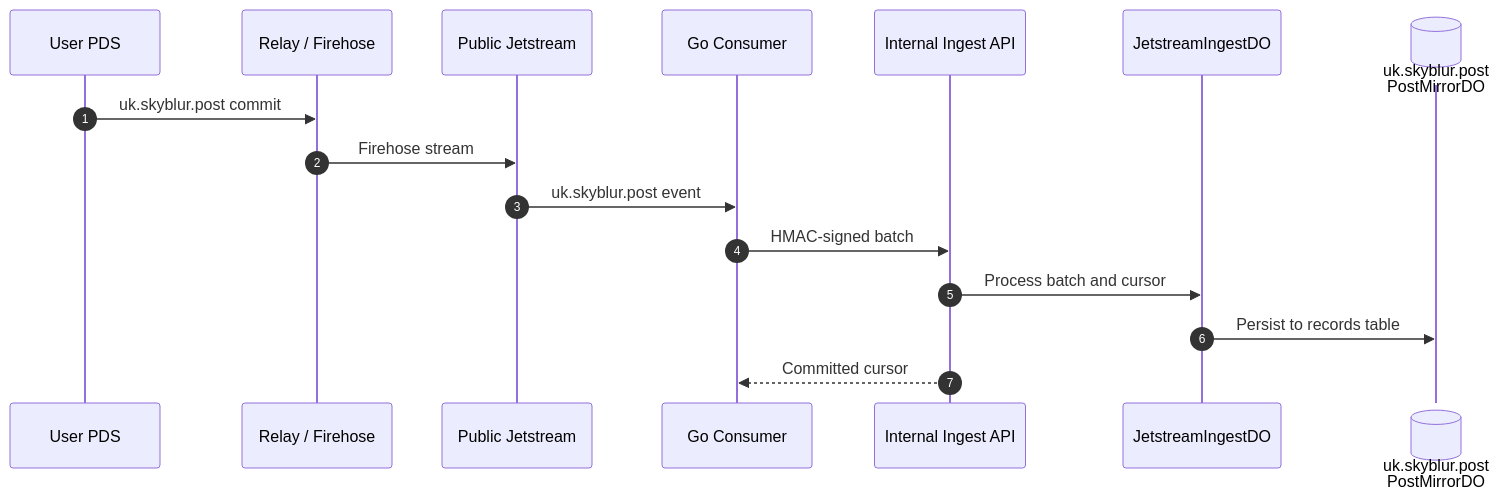
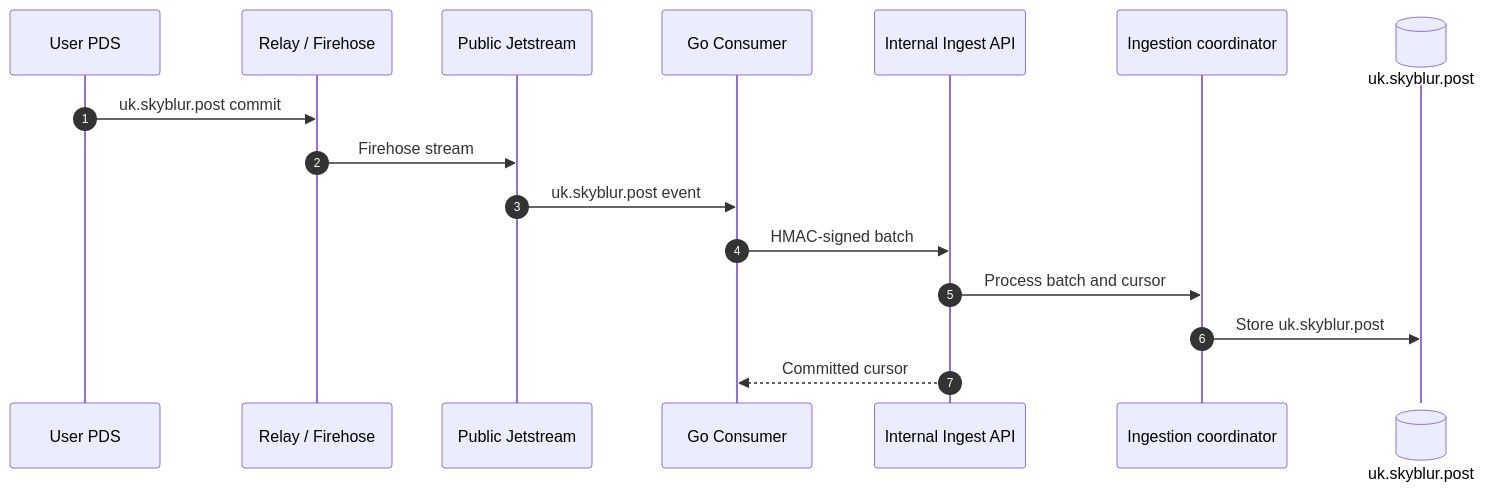
The fourth of 4 diagrams in README.md (usounds/Skyblur), drawn with Mermaid before and after one commit. The commit also changed other lines of this file and 2 other files, not shown here.

````diff
--- a/README.md
+++ b/README.md
@@ -98,19 +99,19 @@
 ```mermaid
 sequenceDiagram
     autonumber
     participant PDS as User PDS
     participant Relay as Relay / Firehose
     participant Jetstream as Public Jetstream
     participant Consumer as Go Consumer
     participant API as Internal Ingest API
-    participant Ingest as JetstreamIngestDO
-    participant RecordsDB@{ "type": "database" } as uk.skyblur.post<br/>PostMirrorDO
+    participant Ingest as Ingestion coordinator
+    participant RecordsDB@{ "type": "database" } as uk.skyblur.post
 
     PDS->>Relay: uk.skyblur.post commit
     Relay->>Jetstream: Firehose stream
     Jetstream->>Consumer: uk.skyblur.post event
     Consumer->>API: HMAC-signed batch
     API->>Ingest: Process batch and cursor
-    Ingest->>RecordsDB: Persist to records table
+    Ingest->>RecordsDB: Store uk.skyblur.post
     API-->>Consumer: Committed cursor
 ```
````
